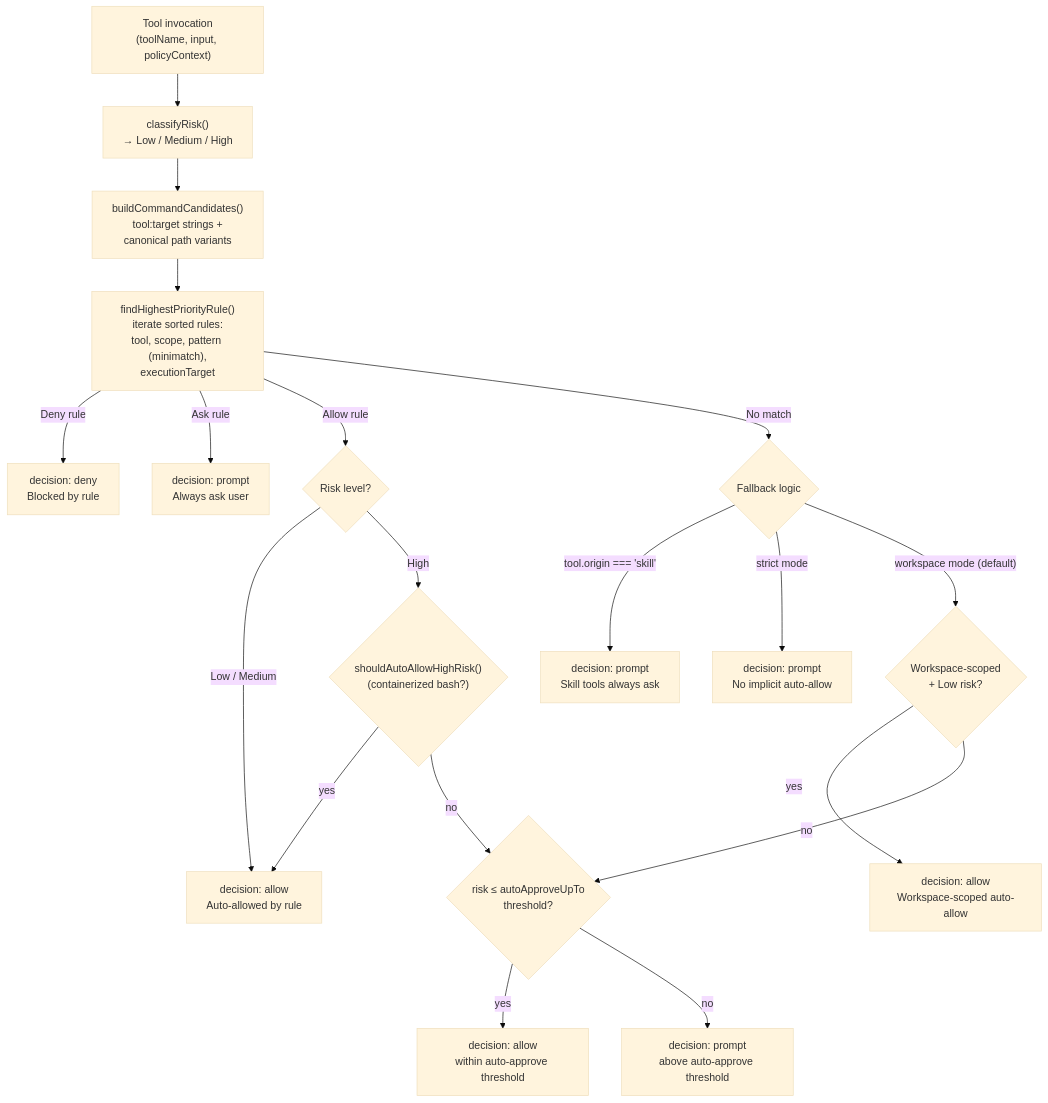
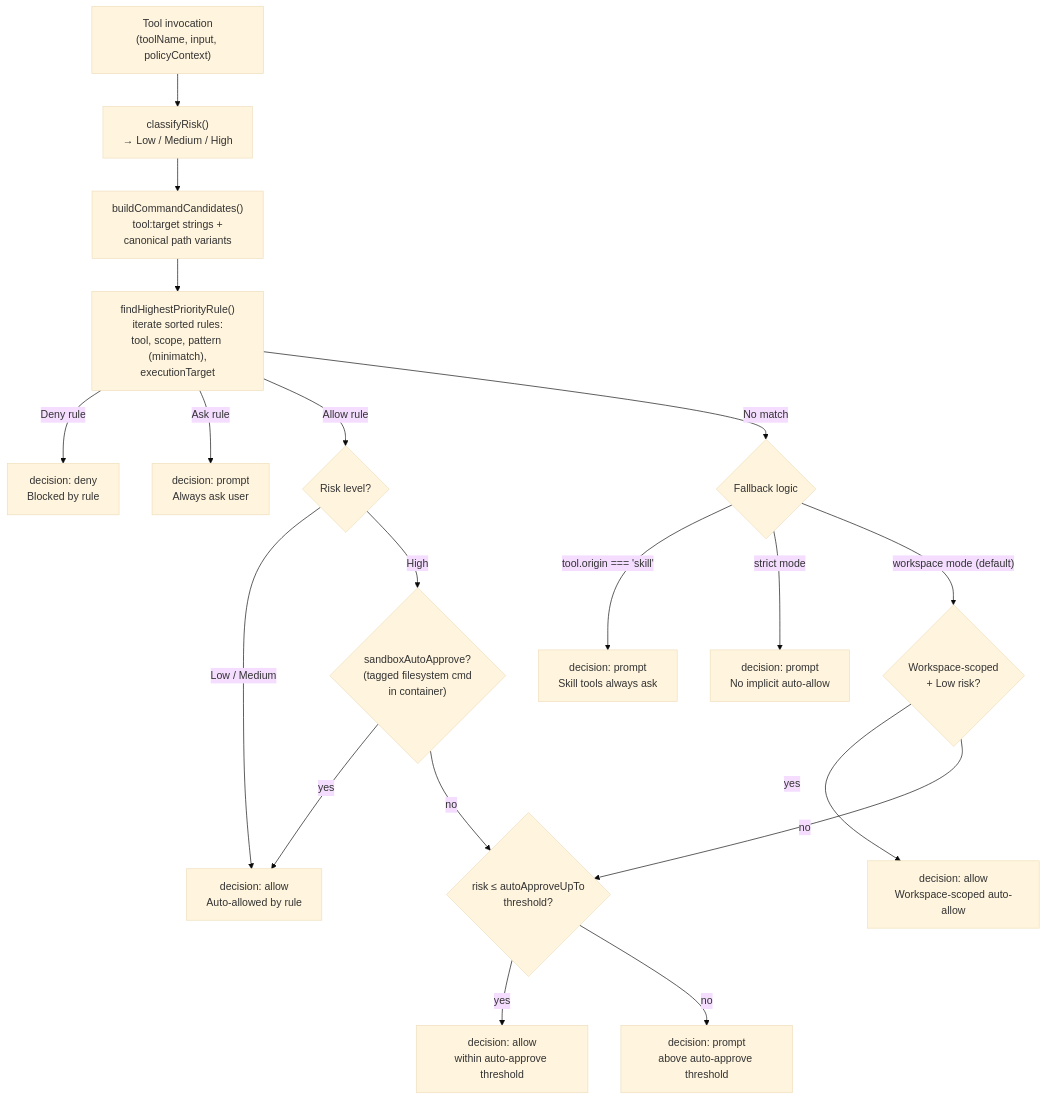
The first of 4 diagrams in assistant/docs/architecture/security.md (vellum-ai/vellum-assistant), drawn with Mermaid (base theme) before and after one commit. The commit also changed other lines of this file and 3 other files, not shown here.

Commit message:
docs(permissions): update docs and comments for sandbox auto-approve changes

````diff
--- a/assistant/docs/architecture/security.md
+++ b/assistant/docs/architecture/security.md
@@ -11,26 +11,26 @@
 ```mermaid
 graph TB
     TOOL_CALL["Tool invocation<br/>(toolName, input, policyContext)"] --> CLASSIFY["classifyRisk()<br/>→ Low / Medium / High"]
     CLASSIFY --> CANDIDATES["buildCommandCandidates()<br/>tool:target strings +<br/>canonical path variants"]
     CANDIDATES --> FIND_RULE["findHighestPriorityRule()<br/>iterate sorted rules:<br/>tool, scope, pattern (minimatch),<br/>executionTarget"]
 
     FIND_RULE -->|"Deny rule"| DENY["decision: deny<br/>Blocked by rule"]
     FIND_RULE -->|"Ask rule"| PROMPT_ASK["decision: prompt<br/>Always ask user"]
     FIND_RULE -->|"Allow rule"| RISK_CHECK{"Risk level?"}
     FIND_RULE -->|"No match"| NO_MATCH{"Fallback logic"}
 
     RISK_CHECK -->|"Low / Medium"| AUTO_ALLOW["decision: allow<br/>Auto-allowed by rule"]
-    RISK_CHECK -->|"High"| HIGH_CHECK{"shouldAutoAllowHighRisk()<br/>(containerized bash?)"}
+    RISK_CHECK -->|"High"| HIGH_CHECK{"sandboxAutoApprove?<br/>(tagged filesystem cmd<br/>in container)"}
     HIGH_CHECK -->|"yes"| AUTO_ALLOW
     HIGH_CHECK -->|"no"| RISK_THRESHOLD{"Risk-based<br/>threshold fallback"}
 
     NO_MATCH -->|"tool.origin === 'skill'"| PROMPT_SKILL["decision: prompt<br/>Skill tools always ask"]
     NO_MATCH -->|"strict mode"| PROMPT_STRICT["decision: prompt<br/>No implicit auto-allow"]
     NO_MATCH -->|"workspace mode (default)"| WS_CHECK{"Workspace-scoped<br/>+ Low risk?"}
     WS_CHECK -->|"yes"| AUTO_WS["decision: allow<br/>Workspace-scoped auto-allow"]
     WS_CHECK -->|"no"| RISK_THRESHOLD
 
     RISK_THRESHOLD{"risk ≤ autoApproveUpTo<br/>threshold?"}
     RISK_THRESHOLD -->|"yes"| AUTO_THRESHOLD["decision: allow<br/>within auto-approve threshold"]
     RISK_THRESHOLD -->|"no"| PROMPT_THRESHOLD["decision: prompt<br/>above auto-approve threshold"]
 ```
````
